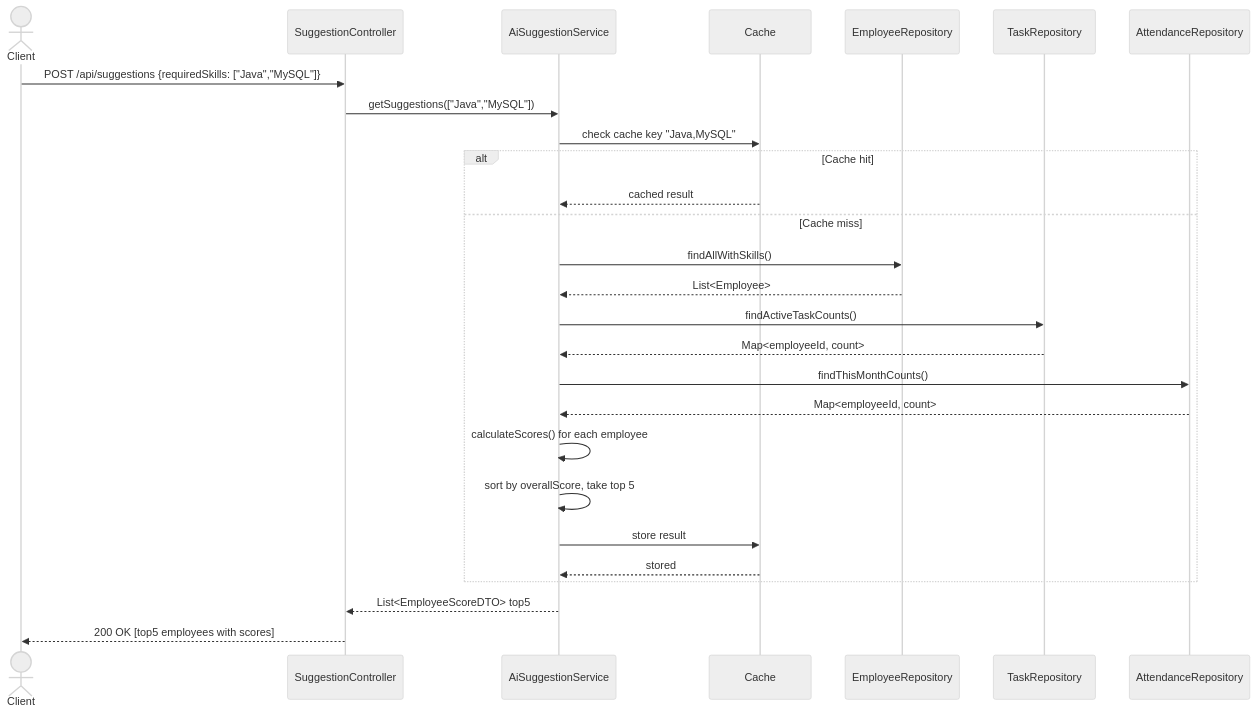
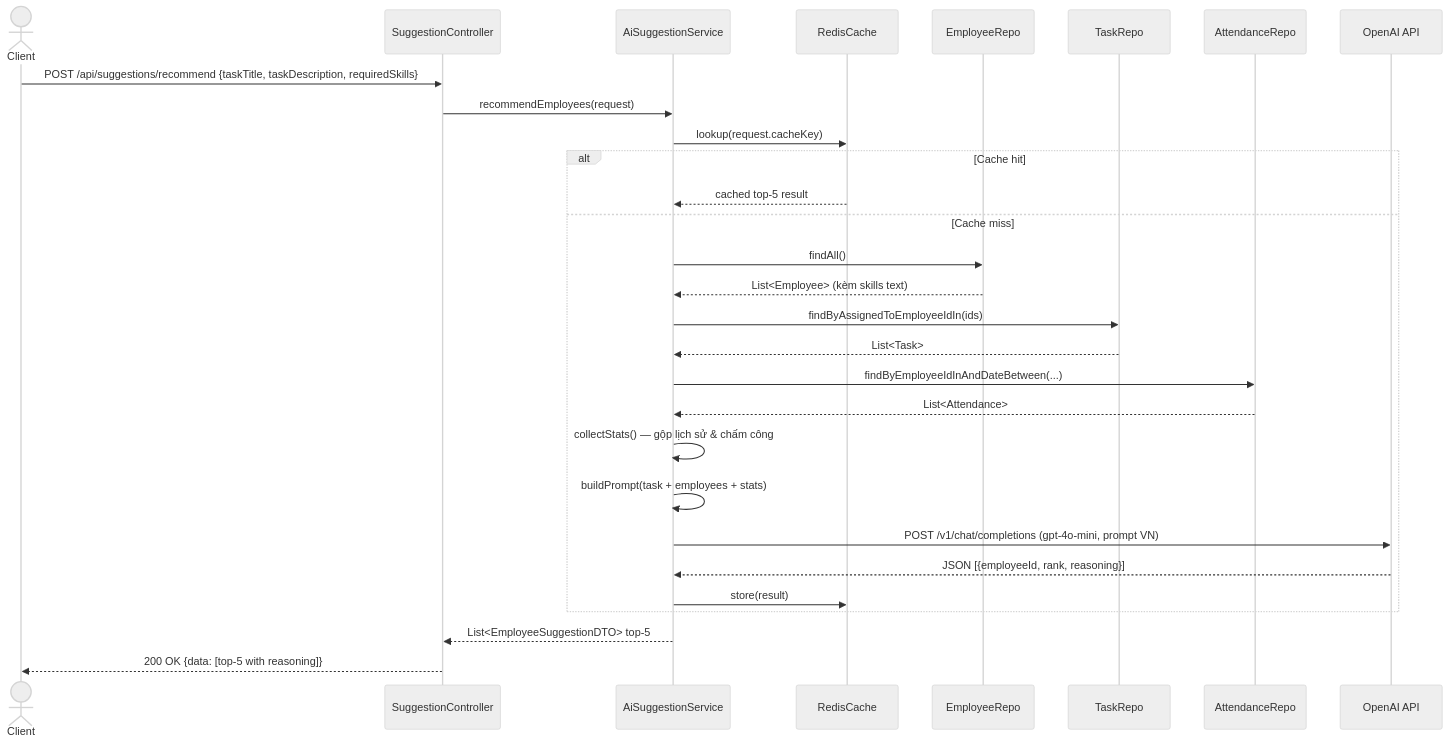
One commit to nhathao428/taskhub changed the fifth of 6 diagrams in docs/BAO_CAO_DO_AN.md. Above: the diagram before and after it, drawn with Mermaid (neutral theme). The commit also changed other lines of this file and 35 other files, not shown here.

````diff
--- a/docs/BAO_CAO_DO_AN.md
+++ b/docs/BAO_CAO_DO_AN.md
@@ -689,30 +664,32 @@
 ```mermaid
 sequenceDiagram
     actor Client
     participant SuggestionController
     participant AiSuggestionService
-    participant Cache
-    participant EmployeeRepository
-    participant TaskRepository
-    participant AttendanceRepository
+    participant Cache as RedisCache
+    participant EmployeeRepo
+    participant TaskRepo
+    participant AttendanceRepo
+    participant OpenAI as OpenAI API
 
-    Client->>SuggestionController: POST /api/suggestions {requiredSkills: ["Java","MySQL"]}
-    SuggestionController->>AiSuggestionService: getSuggestions(["Java","MySQL"])
-    AiSuggestionService->>Cache: check cache key "Java,MySQL"
+    Client->>SuggestionController: POST /api/suggestions/recommend {taskTitle, taskDescription, requiredSkills}
+    SuggestionController->>AiSuggestionService: recommendEmployees(request)
+    AiSuggestionService->>Cache: lookup(request.cacheKey)
     alt Cache hit
-        Cache-->>AiSuggestionService: cached result
+        Cache-->>AiSuggestionService: cached top-5 result
     else Cache miss
-        AiSuggestionService->>EmployeeRepository: findAllWithSkills()
-        EmployeeRepository-->>AiSuggestionService: List<Employee>
-        AiSuggestionService->>TaskRepository: findActiveTaskCounts()
-        TaskRepository-->>AiSuggestionService: Map<employeeId, count>
-        AiSuggestionService->>AttendanceRepository: findThisMonthCounts()
-        AttendanceRepository-->>AiSuggestionService: Map<employeeId, count>
-        AiSuggestionService->>AiSuggestionService: calculateScores() for each employee
-        AiSuggestionService->>AiSuggestionService: sort by overallScore, take top 5
-        AiSuggestionService->>Cache: store result
-        Cache-->>AiSuggestionService: stored
+        AiSuggestionService->>EmployeeRepo: findAll()
+        EmployeeRepo-->>AiSuggestionService: List<Employee> (kèm skills text)
+        AiSuggestionService->>TaskRepo: findByAssignedToEmployeeIdIn(ids)
+        TaskRepo-->>AiSuggestionService: List<Task>
+        AiSuggestionService->>AttendanceRepo: findByEmployeeIdInAndDateBetween(...)
+        AttendanceRepo-->>AiSuggestionService: List<Attendance>
+        AiSuggestionService->>AiSuggestionService: collectStats() — gộp lịch sử & chấm công
+        AiSuggestionService->>AiSuggestionService: buildPrompt(task + employees + stats)
+        AiSuggestionService->>OpenAI: POST /v1/chat/completions (gpt-4o-mini, prompt VN)
+        OpenAI-->>AiSuggestionService: JSON [{employeeId, rank, reasoning}]
+        AiSuggestionService->>Cache: store(result)
     end
-    AiSuggestionService-->>SuggestionController: List<EmployeeScoreDTO> top5
-    SuggestionController-->>Client: 200 OK [top5 employees with scores]
+    AiSuggestionService-->>SuggestionController: List<EmployeeSuggestionDTO> top-5
+    SuggestionController-->>Client: 200 OK {data: [top-5 with reasoning]}
 ```
````
